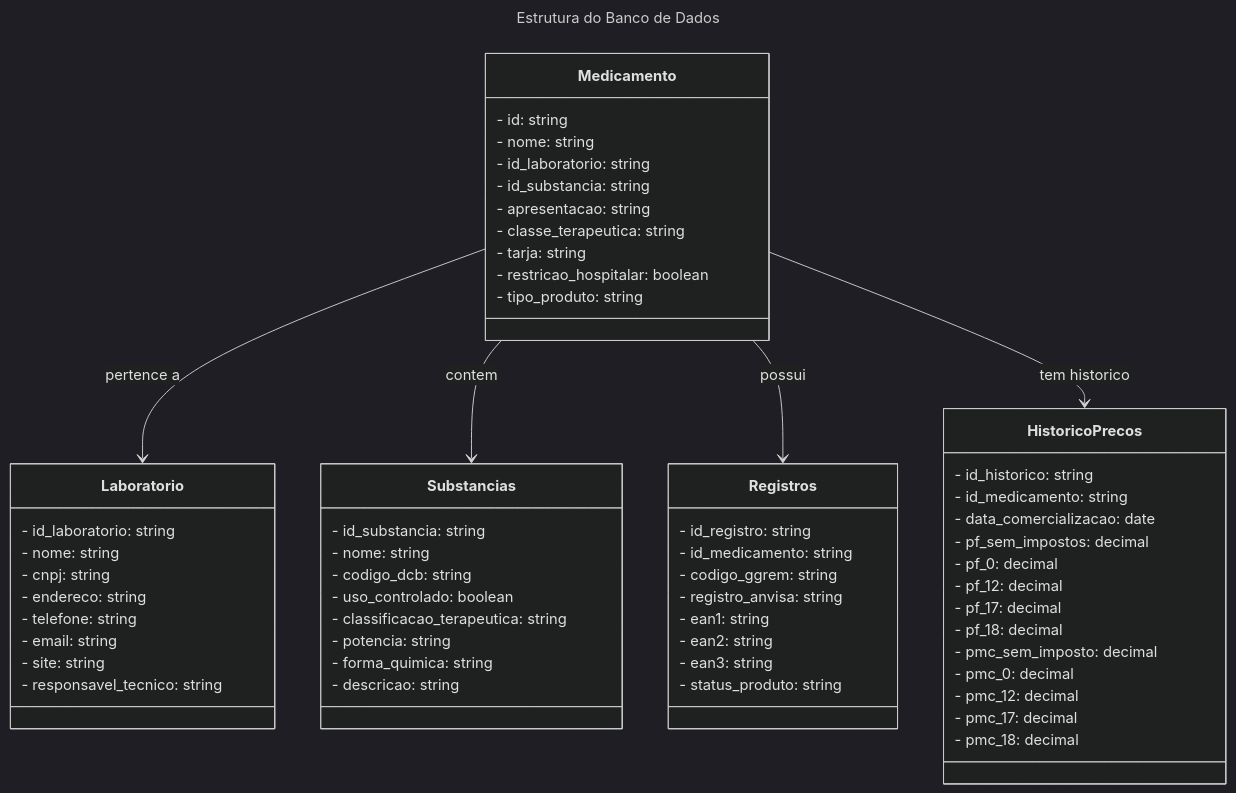
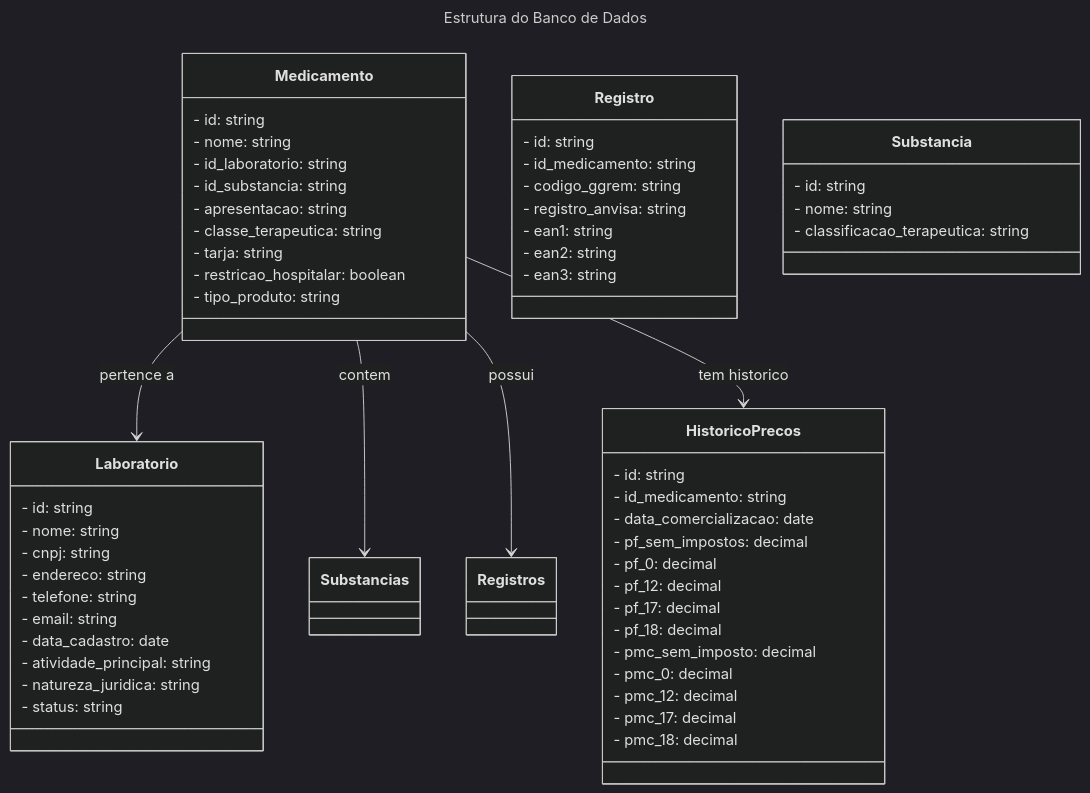
One commit to lazarguinho/API-CMED changed the diagram in README.md. Above: the diagram before and after it, drawn with Mermaid (dark theme).

Commit message:
Atualização do README

````diff
--- a/README.md
+++ b/README.md
@@ -23,72 +23,68 @@
 ```mermaid
 ---
 title: Estrutura do Banco de Dados
 ---
 classDiagram
 class Medicamento {
     - id: string
     - nome: string
     - id_laboratorio: string
     - id_substancia: string
     - apresentacao: string
     - classe_terapeutica: string
     - tarja: string
     - restricao_hospitalar: boolean
     - tipo_produto: string
 }
 
 class Laboratorio {
-    - id_laboratorio: string
+    - id: string
     - nome: string
     - cnpj: string
     - endereco: string
     - telefone: string
     - email: string
-    - site: string
-    - responsavel_tecnico: string
+    - data_cadastro: date
+    - atividade_principal: string
+    - natureza_juridica: string
+    - status: string
 }
 
-class Registros {
-    - id_registro: string
+class Registro {
+    - id: string
     - id_medicamento: string
     - codigo_ggrem: string
     - registro_anvisa: string
     - ean1: string
     - ean2: string
     - ean3: string
-    - status_produto: string
 }
 
-class Substancias {
-    - id_substancia: string
+class Substancia {
+    - id: string
     - nome: string
-    - codigo_dcb: string
-    - uso_controlado: boolean
     - classificacao_terapeutica: string
-    - potencia: string
-    - forma_quimica: string
-    - descricao: string
 }
 
 class HistoricoPrecos {
-    - id_historico: string
+    - id: string
     - id_medicamento: string
     - data_comercializacao: date
     - pf_sem_impostos: decimal
     - pf_0: decimal
     - pf_12: decimal
     - pf_17: decimal
     - pf_18: decimal
     - pmc_sem_imposto: decimal
     - pmc_0: decimal
     - pmc_12: decimal
     - pmc_17: decimal
     - pmc_18: decimal
 }
 
 Medicamento --> Laboratorio: pertence a
 Medicamento --> Substancias: contem
 Medicamento --> Registros: possui
 Medicamento --> HistoricoPrecos: tem historico
 
 ```
````
